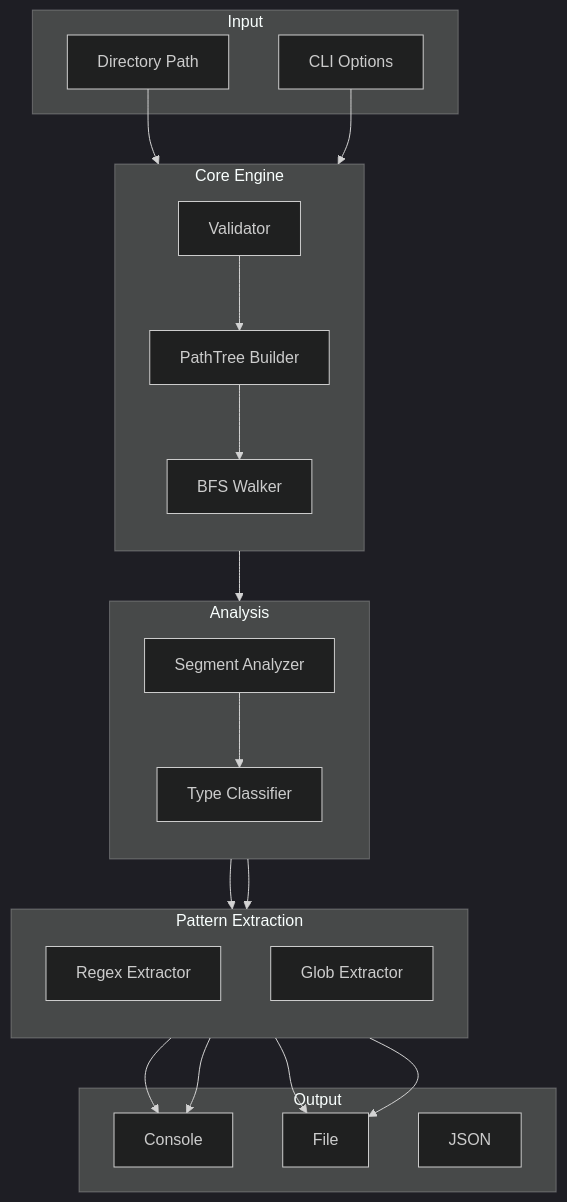
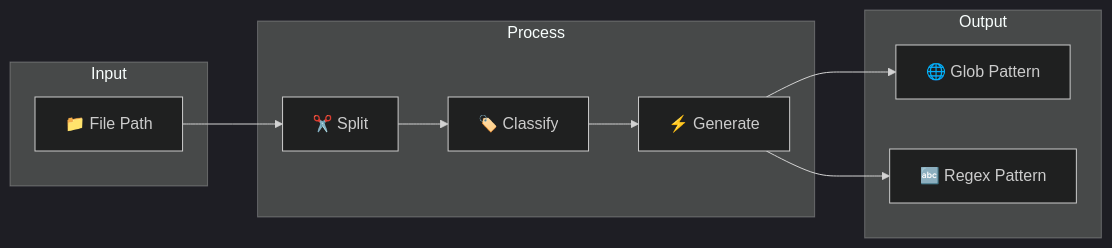
The second of 13 diagrams in docs/brainstorms/pathseeker.md (ThanuMahee12/AgentContext), drawn with Mermaid (dark theme) before and after one commit. The commit also changed other lines of this file, not shown here.

Commit message:
docs: rewrite PathSeeker with visual brainstorm diagrams

````diff
--- a/docs/brainstorms/pathseeker.md
+++ b/docs/brainstorms/pathseeker.md
@@ -18,49 +21,21 @@
 ```mermaid
-flowchart TB
-    subgraph Input["Input"]
-        DIR[Directory Path]
-        OPTS[CLI Options]
+flowchart LR
+    subgraph Input
+        PATH["📁 File Path"]
     end
 
-    subgraph Core["Core Engine"]
-        direction TB
-        VAL[Validator]
-        TREE[PathTree Builder]
-        WALK[BFS Walker]
-
-        VAL --> TREE --> WALK
+    subgraph Process
+        SPLIT["✂️ Split"]
+        CLASS["🏷️ Classify"]
+        GEN["⚡ Generate"]
     end
 
-    subgraph Analysis["Analysis"]
-        direction TB
-        SEG[Segment Analyzer]
-        TYPE[Type Classifier]
-
-        SEG --> TYPE
+    subgraph Output
+        GLOB["🌐 Glob Pattern"]
+        REGEX["🔤 Regex Pattern"]
     end
 
-    subgraph Extraction["Pattern Extraction"]
-        direction TB
-        REGEX[Regex Extractor]
-        GLOB[Glob Extractor]
-
-        REGEX
-        GLOB
-    end
-
-    subgraph Output["Output"]
-        CONSOLE[Console]
-        FILE[File]
-        JSON[JSON]
-    end
-
-    DIR --> VAL
-    OPTS --> VAL
-    WALK --> SEG
-    TYPE --> REGEX
-    TYPE --> GLOB
-    REGEX --> CONSOLE
-    REGEX --> FILE
-    GLOB --> CONSOLE
-    GLOB --> FILE
+    PATH --> SPLIT --> CLASS --> GEN
+    GEN --> GLOB
+    GEN --> REGEX
 ```
````
